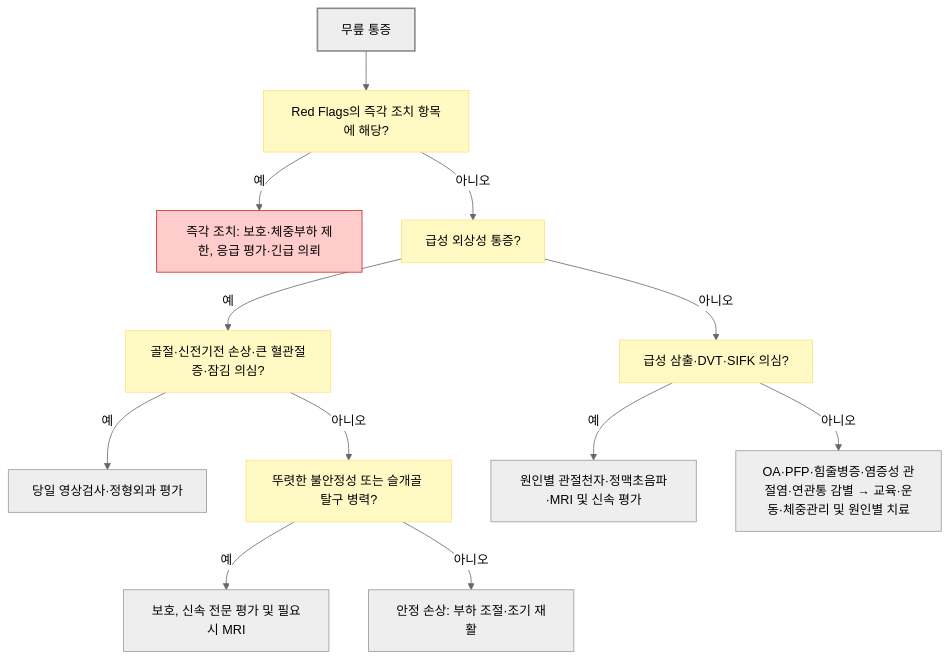
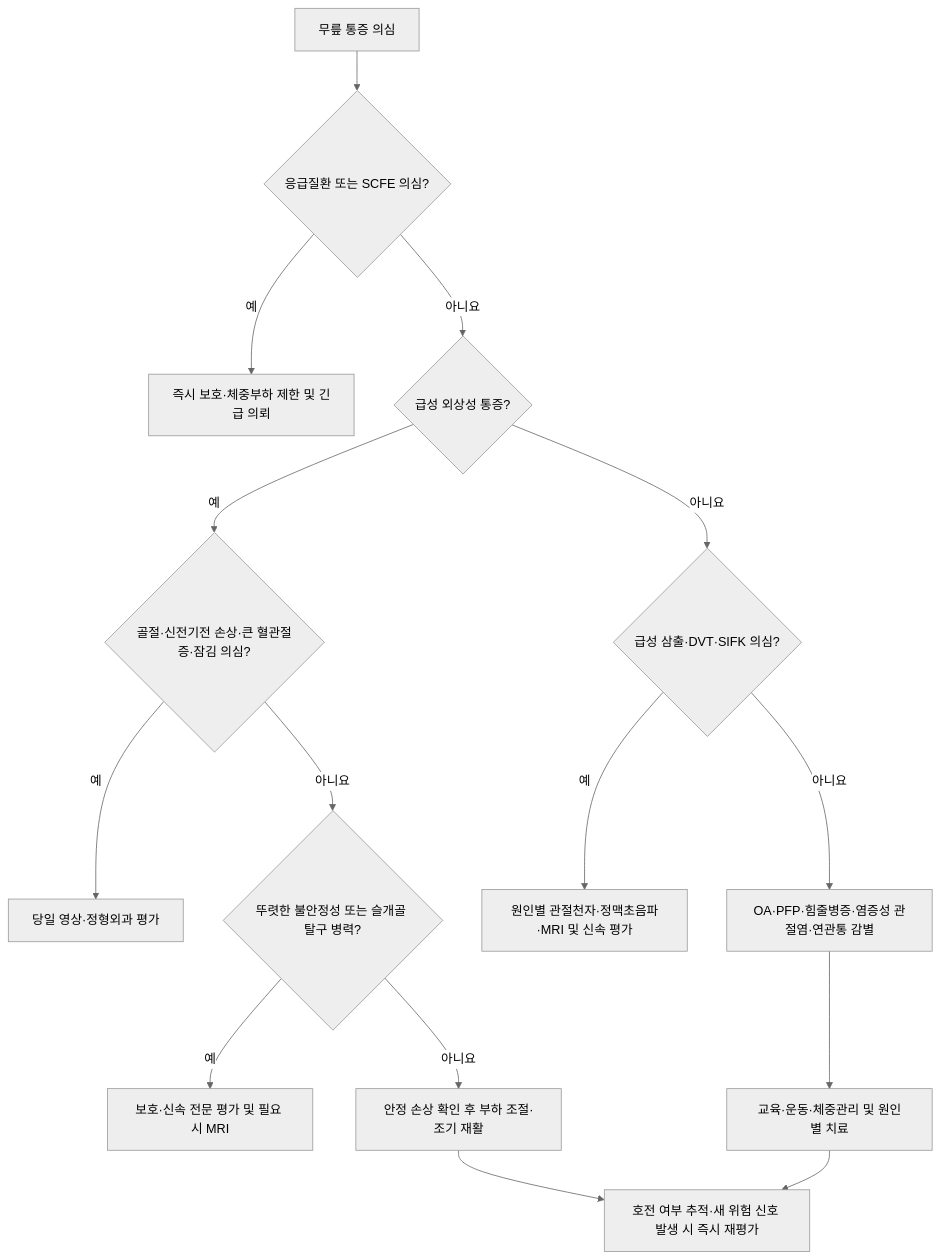
Before and after one commit to familyoh77/familyoh77: the diagram in 228_/144_-knee-pain.md, drawn with Mermaid (neutral theme). The commit also changed other lines of this file and 9 other files, not shown here.

````diff
--- a/228_/144_-knee-pain.md
+++ b/228_/144_-knee-pain.md
@@ -281,19 +281,17 @@
 ```mermaid
 flowchart TD
-    A["무릎 통증"] --> B["Red Flags의 즉각 조치 항목에 해당?"]
-    B -- "예" --> C["즉각 조치: 보호·체중부하 제한, 응급 평가·긴급 의뢰"]
-    B -- "아니오" --> D["급성 외상성 통증?"]
-    D -- "예" --> E["골절·신전기전 손상·큰 혈관절증·잠김 의심?"]
-    E -- "예" --> F["당일 영상검사·정형외과 평가"]
-    E -- "아니오" --> G["뚜렷한 불안정성 또는 슬개골 탈구 병력?"]
-    G -- "예" --> H["보호, 신속 전문 평가 및 필요시 MRI"]
-    G -- "아니오" --> I["안정 손상: 부하 조절·조기 재활"]
-    D -- "아니오" --> J["급성 삼출·DVT·SIFK 의심?"]
-    J -- "예" --> K["원인별 관절천자·정맥초음파·MRI 및 신속 평가"]
-    J -- "아니오" --> L["OA·PFP·힘줄병증·염증성 관절염·연관통 감별 → 교육·운동·체중관리 및 원인별 치료"]
-
-    classDef question fill:#fff9c4,stroke:#ffe082
-    class B,D,E,G,J question
-    style A fill:#eeeeee,stroke:#888888,stroke-width:2px
-    style C fill:#ffcccc,stroke:#c62828
+    A["무릎 통증 의심"] --> B{"응급질환 또는 SCFE 의심?"}
+    B -->|예| C["즉시 보호·체중부하 제한 및 긴급 의뢰"]
+    B -->|아니요| D{"급성 외상성 통증?"}
+    D -->|예| E{"골절·신전기전 손상·큰 혈관절증·잠김 의심?"}
+    E -->|예| F["당일 영상·정형외과 평가"]
+    E -->|아니요| G{"뚜렷한 불안정성 또는 슬개골 탈구 병력?"}
+    G -->|예| H["보호·신속 전문 평가 및 필요 시 MRI"]
+    G -->|아니요| I["안정 손상 확인 후 부하 조절·조기 재활"]
+    D -->|아니요| J{"급성 삼출·DVT·SIFK 의심?"}
+    J -->|예| K["원인별 관절천자·정맥초음파·MRI 및 신속 평가"]
+    J -->|아니요| L["OA·PFP·힘줄병증·염증성 관절염·연관통 감별"]
+    L --> M["교육·운동·체중관리 및 원인별 치료"]
+    I --> N["호전 여부 추적·새 위험 신호 발생 시 즉시 재평가"]
+    M --> N
 ```
````
